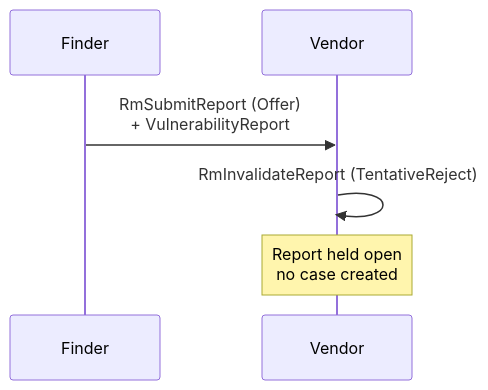
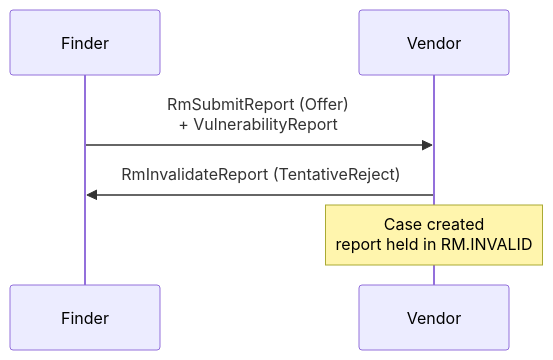
The second of 3 diagrams in docs/tutorials/receive_report_demo.md (CERTCC/Vultron), drawn with Mermaid before and after one commit. The commit also changed other lines of this file and 5 other files, not shown here.

````diff
--- a/docs/tutorials/receive_report_demo.md
+++ b/docs/tutorials/receive_report_demo.md
@@ -141,9 +141,9 @@
 ```mermaid
 sequenceDiagram
     participant F as Finder
     participant V as Vendor
 
     F->>V: RmSubmitReport (Offer)<br/>+ VulnerabilityReport
-    V->>V: RmInvalidateReport (TentativeReject)
-    Note over V: Report held open<br/>no case created
+    V->>F: RmInvalidateReport (TentativeReject)
+    Note over V: Case created<br/>report held in RM.INVALID
 ```
````
